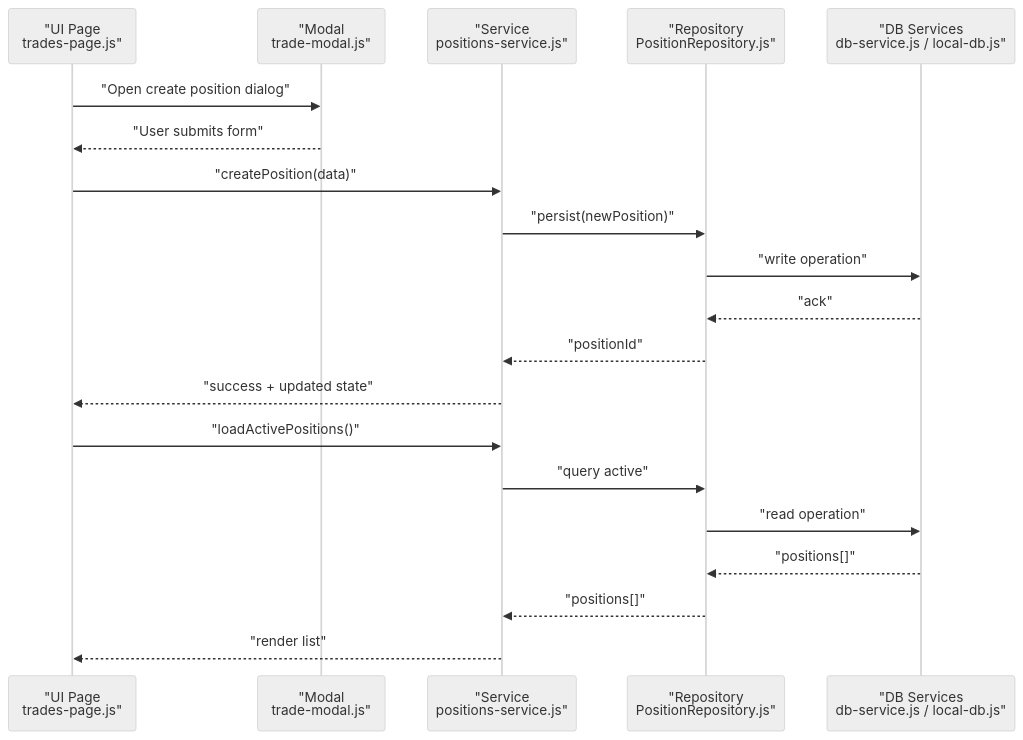
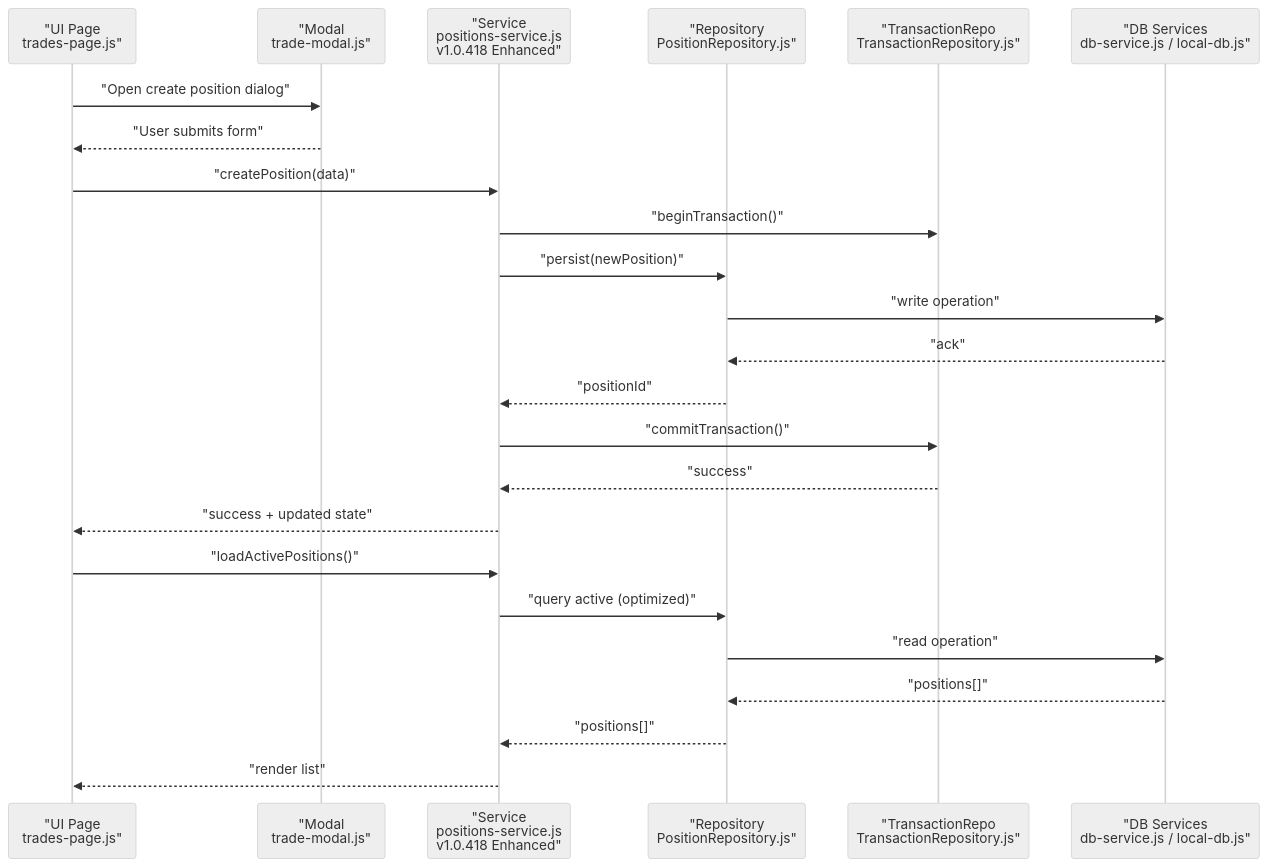
One commit to iliyas77/MTF-monitor changed the second of 12 diagrams in .qoder/repowiki/en/content/Core Features/Positions Tracking/Positions Tracking.md. Above: the diagram before and after it, drawn with Mermaid (neutral theme). The commit also changed other lines of this file and 46 other files, not shown here.

````diff
--- a/.qoder/repowiki/en/content/Core Features/Positions Tracking/Positions Tracking.md
+++ b/.qoder/repowiki/en/content/Core Features/Positions Tracking/Positions Tracking.md
@@ -134,22 +154,26 @@
 ```mermaid
 sequenceDiagram
 participant UI as "UI Page<br/>trades-page.js"
 participant Modal as "Modal<br/>trade-modal.js"
-participant Service as "Service<br/>positions-service.js"
+participant Service as "Service<br/>positions-service.js<br/>v1.0.418 Enhanced"
 participant Repo as "Repository<br/>PositionRepository.js"
+participant TxRepo as "TransactionRepo<br/>TransactionRepository.js"
 participant DB as "DB Services<br/>db-service.js / local-db.js"
 UI->>Modal : "Open create position dialog"
 Modal-->>UI : "User submits form"
 UI->>Service : "createPosition(data)"
+Service->>TxRepo : "beginTransaction()"
 Service->>Repo : "persist(newPosition)"
 Repo->>DB : "write operation"
 DB-->>Repo : "ack"
 Repo-->>Service : "positionId"
+Service->>TxRepo : "commitTransaction()"
+TxRepo-->>Service : "success"
 Service-->>UI : "success + updated state"
 UI->>Service : "loadActivePositions()"
-Service->>Repo : "query active"
+Service->>Repo : "query active (optimized)"
 Repo->>DB : "read operation"
 DB-->>Repo : "positions[]"
 Repo-->>Service : "positions[]"
 Service-->>UI : "render list"
 ```
````
